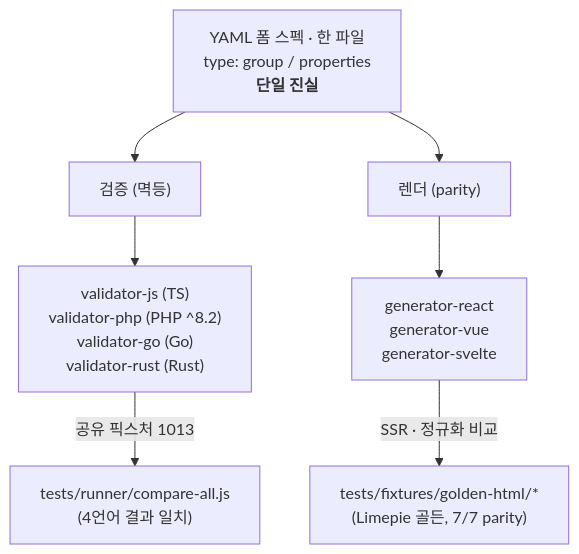
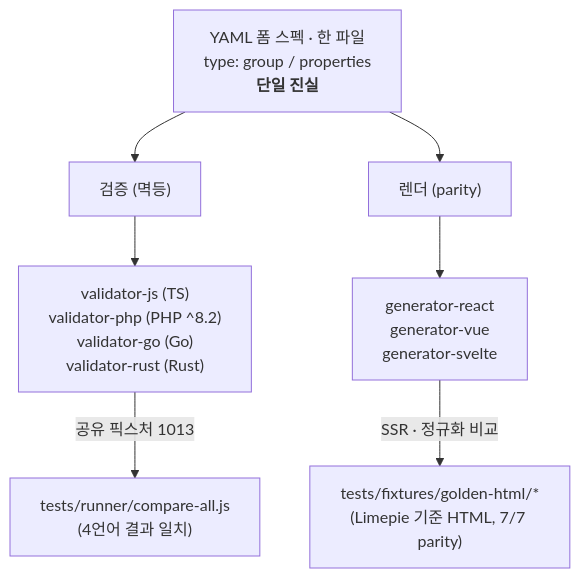
The diagram in README.md (polyspec/crudui), drawn with Mermaid before and after one commit. The commit also changed other lines of this file and 10 other files, not shown here.

````diff
--- a/README.md
+++ b/README.md
@@ -25,10 +25,10 @@
 ```mermaid
 flowchart TD
     spec["YAML 폼 스펙 · 한 파일<br/>type: group / properties<br/><b>단일 진실</b>"]
     spec --> V["검증 (멱등)"]
     spec --> R["렌더 (parity)"]
     V --> VL["validator-js (TS)<br/>validator-php (PHP ^8.2)<br/>validator-go (Go)<br/>validator-rust (Rust)"]
     R --> RL["generator-react<br/>generator-vue<br/>generator-svelte"]
     VL -->|"공유 픽스처 1013"| CMP["tests/runner/compare-all.js<br/>(4언어 결과 일치)"]
-    RL -->|"SSR · 정규화 비교"| G["tests/fixtures/golden-html/*<br/>(Limepie 골든, 7/7 parity)"]
+    RL -->|"SSR · 정규화 비교"| G["tests/fixtures/golden-html/*<br/>(Limepie 기준 HTML, 7/7 parity)"]
 ```
````
